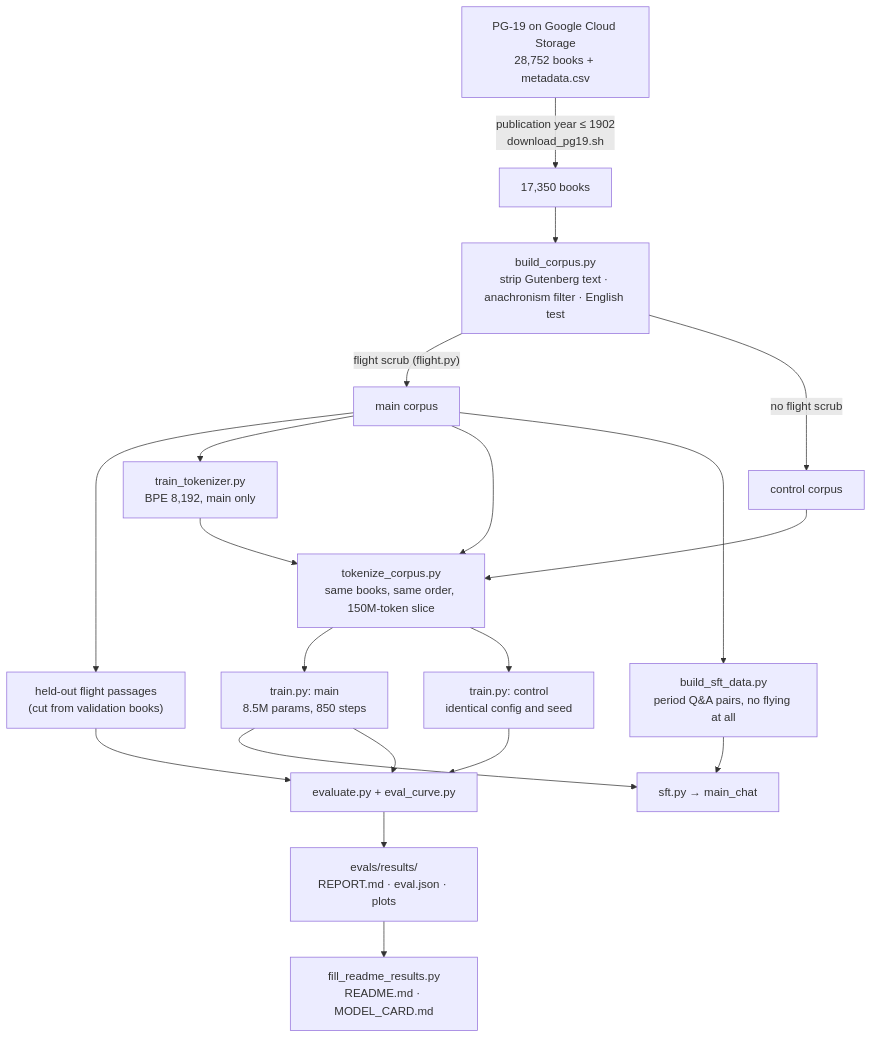
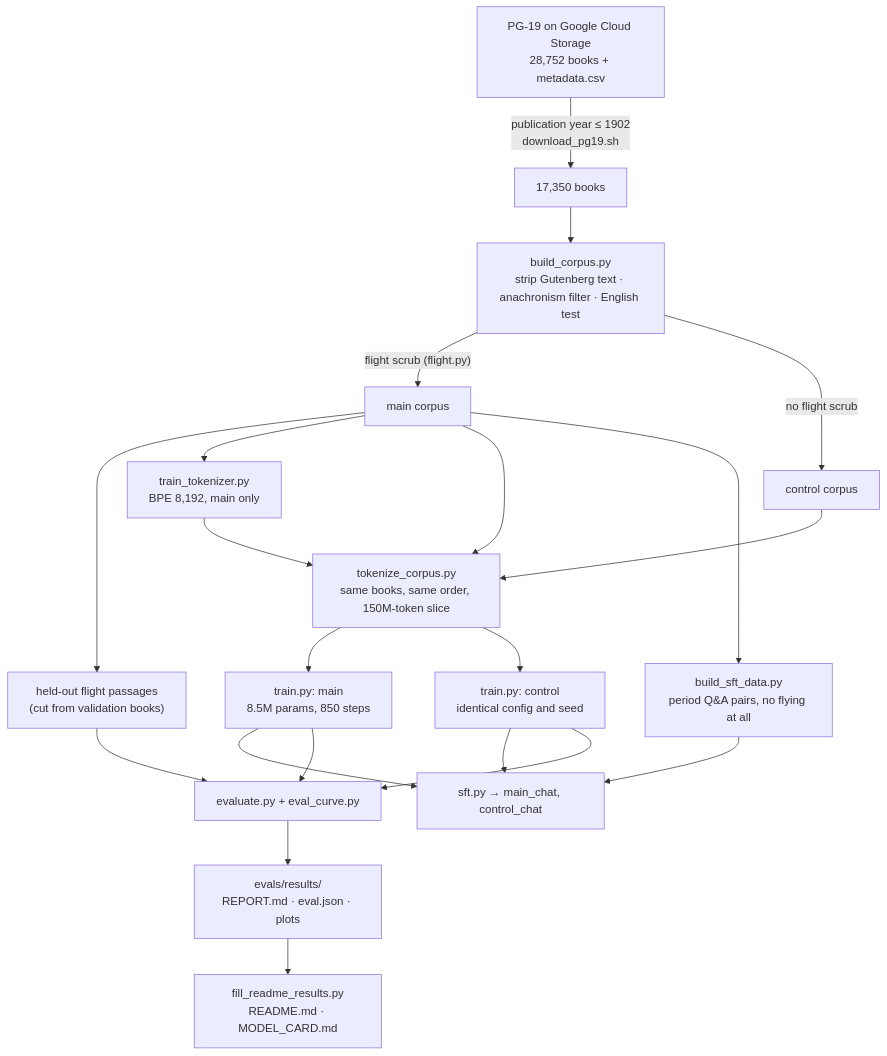
The diagram in README.md (EricFinland/flight-ai-model-), drawn with Mermaid before and after one commit. The commit also changed other lines of this file and 10 other files, not shown here.

````diff
--- a/README.md
+++ b/README.md
@@ -122,22 +126,23 @@
 ```mermaid
 flowchart TD
     A["PG-19 on Google Cloud Storage<br/>28,752 books + metadata.csv"] -->|"publication year ≤ 1902<br/>download_pg19.sh"| B["17,350 books"]
     B --> C["build_corpus.py<br/>strip Gutenberg text · anachronism filter · English test"]
     C -->|"flight scrub (flight.py)"| D["main corpus"]
     C -->|"no flight scrub"| E["control corpus"]
     D --> F["held-out flight passages<br/>(cut from validation books)"]
     D --> T["train_tokenizer.py<br/>BPE 8,192, main only"]
     T --> K["tokenize_corpus.py<br/>same books, same order, 150M-token slice"]
     D --> K
     E --> K
     K --> M["train.py: main<br/>8.5M params, 850 steps"]
     K --> N["train.py: control<br/>identical config and seed"]
     D --> S["build_sft_data.py<br/>period Q&A pairs, no flying at all"]
-    M --> Q["sft.py → main_chat"]
+    M --> Q["sft.py → main_chat, control_chat"]
+    N --> Q
     S --> Q
     M --> V["evaluate.py + eval_curve.py"]
     N --> V
     F --> V
     V --> R["evals/results/<br/>REPORT.md · eval.json · plots"]
     R --> W["fill_readme_results.py<br/>README.md · MODEL_CARD.md"]
 ```
````
